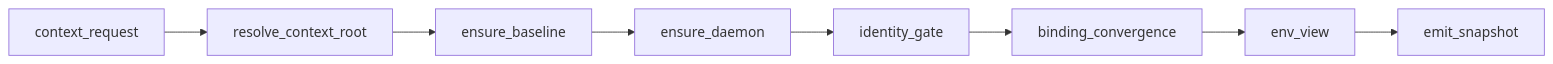
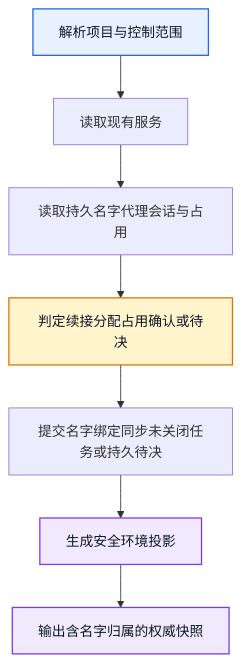
One commit to Jasonzhangf/appsdk changed the second of 2 diagrams in docs/collab-context-state-machine.md. Above: the diagram before and after it, drawn with Mermaid. The commit also changed other lines of this file and 104 other files, not shown here.

````diff
--- a/docs/collab-context-state-machine.md
+++ b/docs/collab-context-state-machine.md
@@ -90,10 +99,13 @@
 ```mermaid
-flowchart LR
-    S[context_request] --> R[resolve_context_root]
-    R --> B[ensure_baseline]
-    B --> D[ensure_daemon]
-    D --> I[identity_gate]
-    I --> C[binding_convergence]
-    C --> E[env_view]
-    E --> O[emit_snapshot]
+flowchart TD
+    A[解析项目与控制范围]:::action --> B[读取现有服务]
+    B --> C[读取持久名字代理会话与占用]
+    C --> D[判定续接分配占用确认或待决]:::decision
+    D --> E[提交名字绑定同步未关闭任务或持久待决]
+    E --> F[生成安全环境投影]:::data
+    F --> G[输出含名字归属的权威快照]:::data
+
+    classDef action fill:#E8F1FF,stroke:#2563EB,color:#0F172A,stroke-width:1.5px
+    classDef decision fill:#FFF4CC,stroke:#D97706,color:#0F172A,stroke-width:1.5px
+    classDef data fill:#F1EAFE,stroke:#7C3AED,color:#0F172A,stroke-width:1.5px
 ```
````
